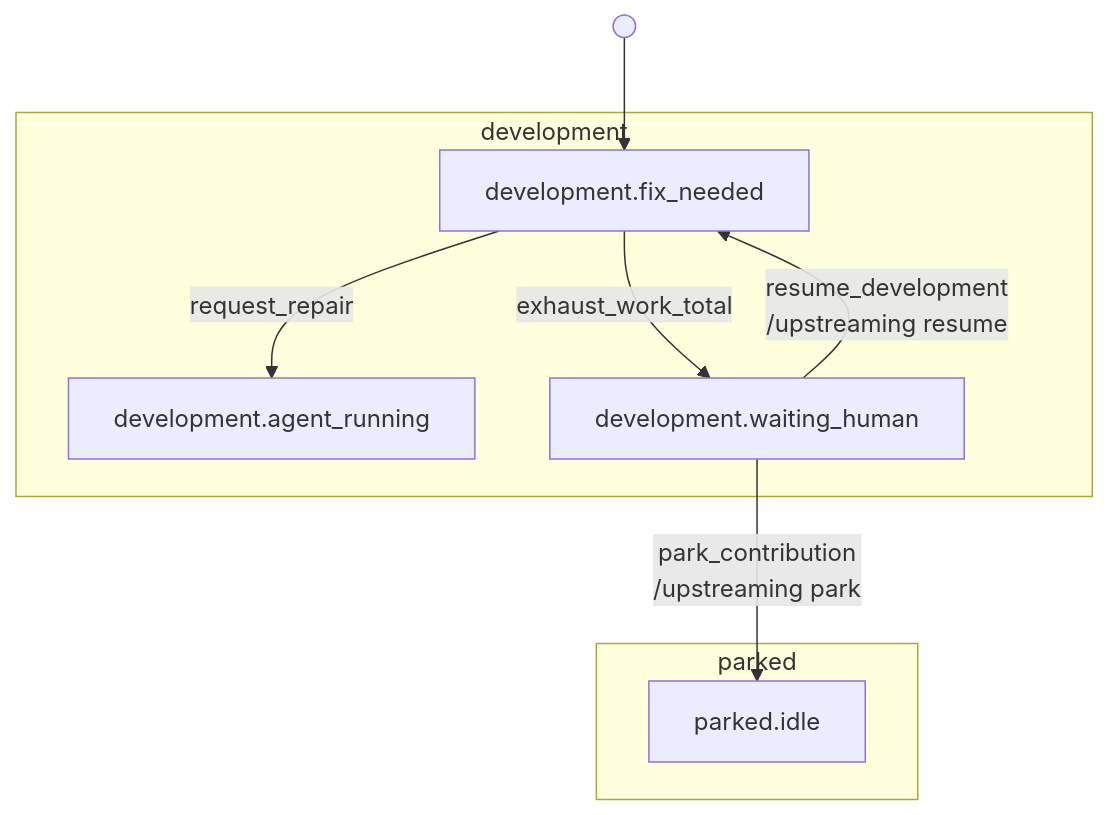
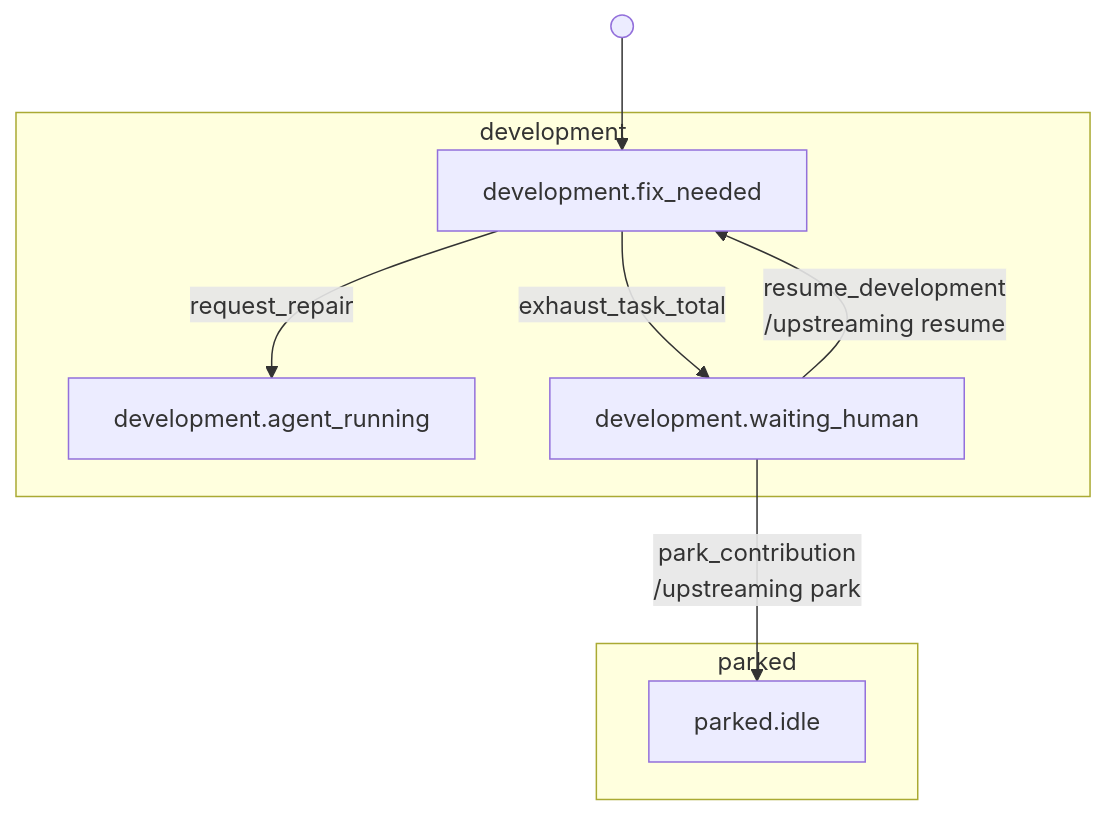
Before and after one commit to riseproject-dev/porting-agent: diagram 13 of 36 in docs/state-machine/index.md, drawn with Mermaid. The commit also changed other lines of this file and 209 other files, not shown here.

````diff
--- a/docs/state-machine/index.md
+++ b/docs/state-machine/index.md
@@ -457,17 +457,17 @@
 ```mermaid
 flowchart TB
     subgraph development["development"]
         development_fix_needed["development.fix_needed"]
         development_agent_running["development.agent_running"]
         development_waiting_human["development.waiting_human"]
     end
     subgraph parked["parked"]
         parked_idle["parked.idle"]
     end
 
     start_1(( )) --> development_fix_needed
     development_fix_needed -->|request_repair| development_agent_running
-    development_fix_needed -->|exhaust_work_total| development_waiting_human
+    development_fix_needed -->|exhaust_task_total| development_waiting_human
     development_waiting_human -->|resume_development<br/>/upstreaming resume| development_fix_needed
     development_waiting_human -->|park_contribution<br/>/upstreaming park| parked_idle
 ```
````
